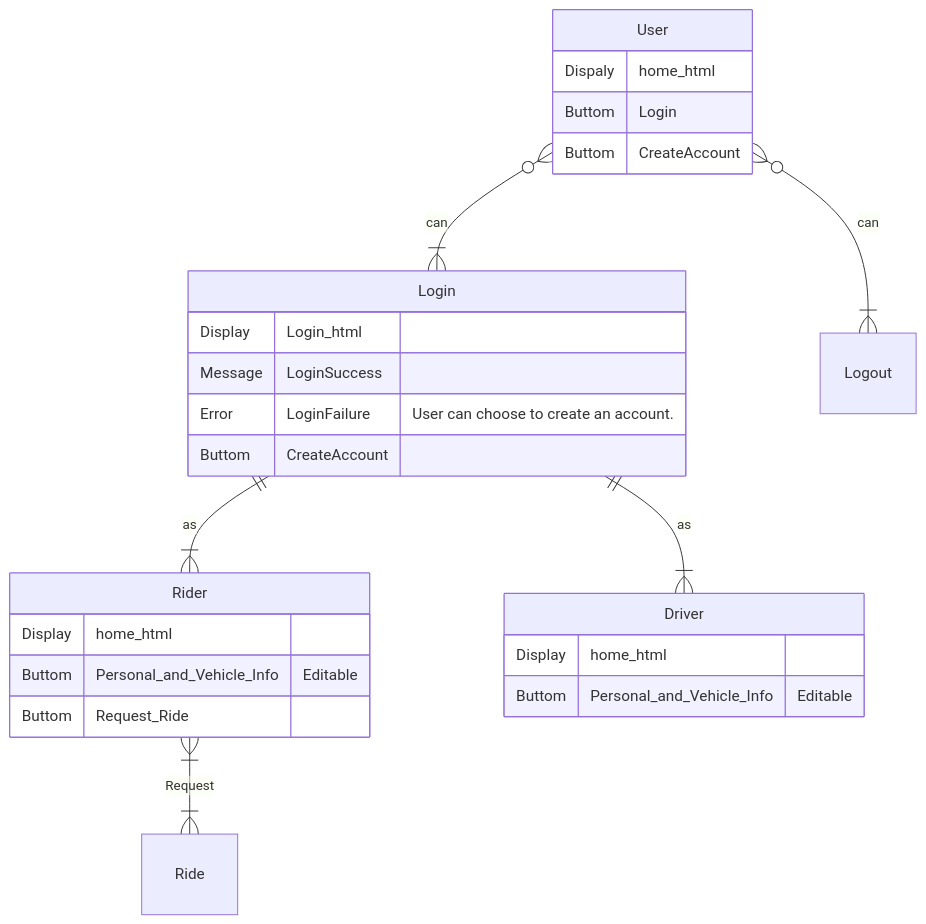
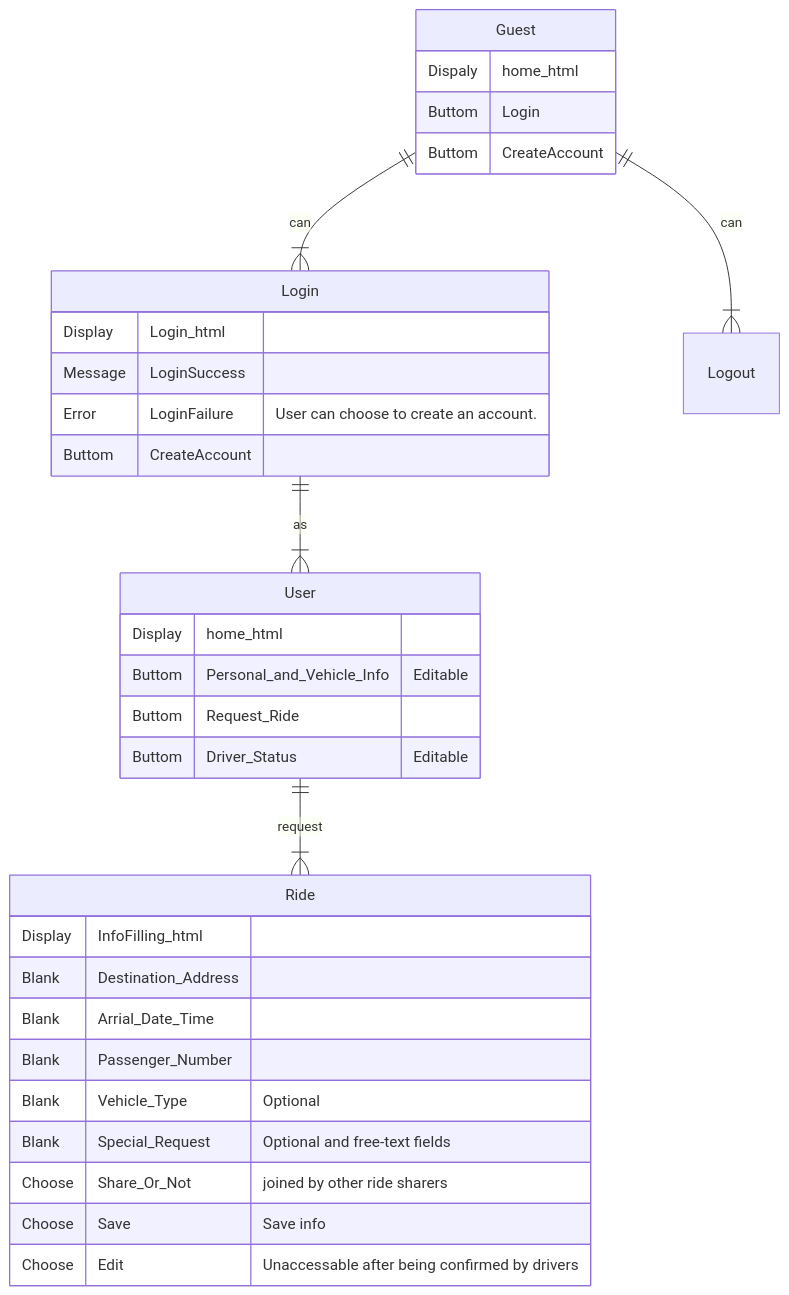
Before and after one commit to YUME-FF/Web-APP_Ride-Sharing-Service: the diagram in README.md, drawn with Mermaid.

````diff
--- a/README.md
+++ b/README.md
@@ -15,34 +15,43 @@
 ```mermaid
   erDiagram
-    User }o--|{ Login : can
-    User }o--|{ Logout : can
-    User {
+
+    Guest ||--|{ Login : can
+    Guest ||--|{ Logout : can
+    Login ||--|{ User : as
+    User ||--|{ Ride : request
+
+    Guest {
         Dispaly home_html
         Buttom Login
         Buttom CreateAccount 
     }
-    
-    Login ||--|{ Rider : as
-    Login ||--|{ Driver : as
     Login{
         Display Login_html
         Message LoginSuccess
         Error LoginFailure "User can choose to create an account."
         Buttom CreateAccount
     }
-
-    Rider {
+    User{
         Display home_html
         Buttom Personal_and_Vehicle_Info "Editable"
         Buttom Request_Ride
+        Buttom Driver_Status "Editable"
     }
+    Ride{
+        Display InfoFilling_html
+        Blank Destination_Address
+        Blank Arrial_Date_Time
+        Blank Passenger_Number
+        Blank Vehicle_Type "Optional"
+        Blank Special_Request "Optional and free-text fields"
+        Choose Share_Or_Not "joined by other ride sharers"
+        Choose Save "Save info"
+        Choose Edit "Unaccessable after being confirmed by drivers"
 
-    Driver {
-        Display home_html
-        Buttom Personal_and_Vehicle_Info "Editable"
     }
+    
 
-    Rider }|--|{ Ride : Request
+
 
 
 ```
````
